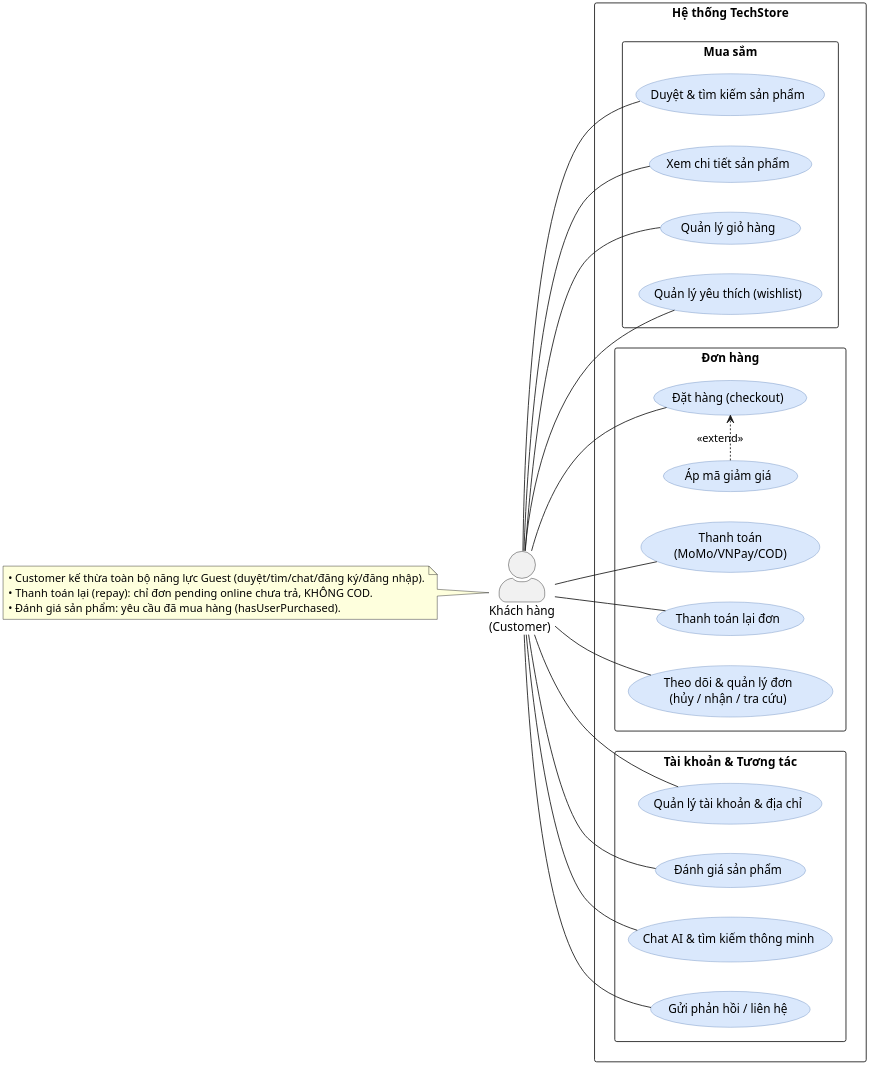
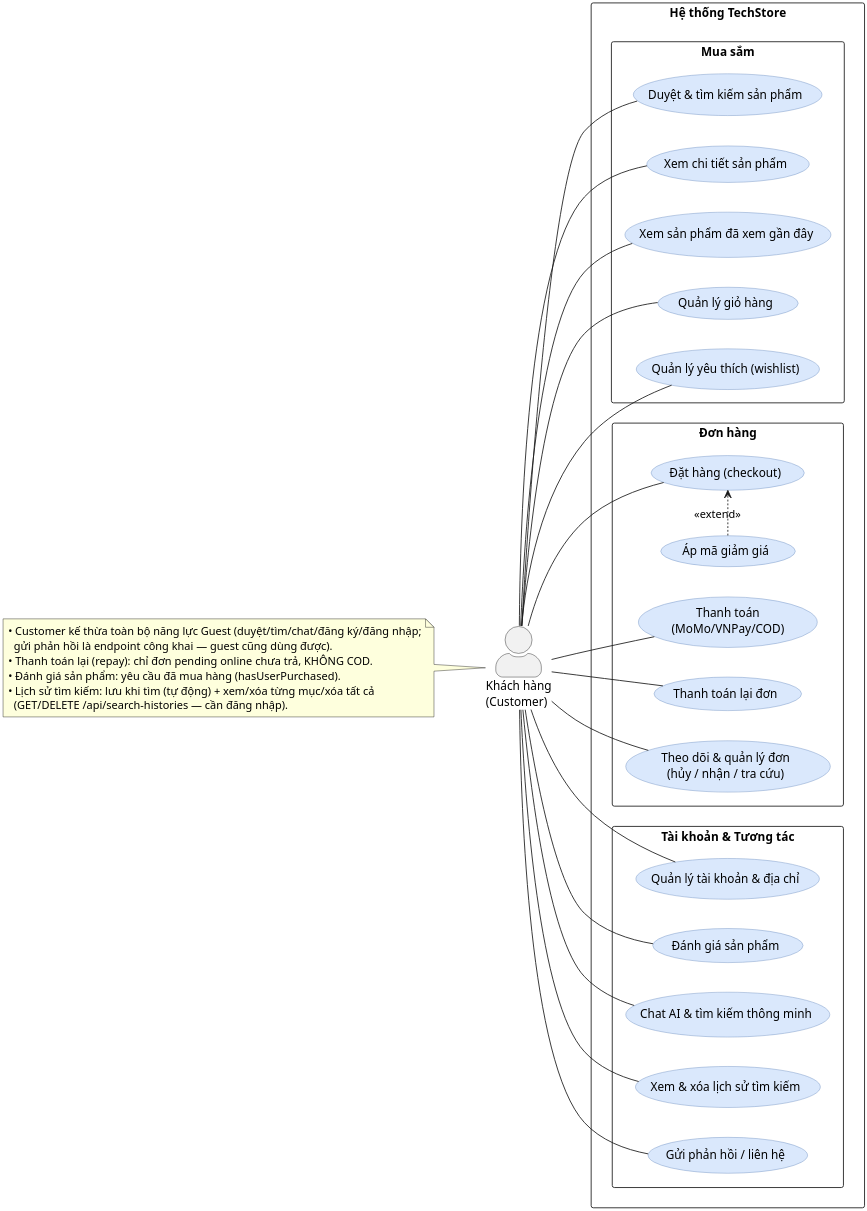
Before and after one commit to MinhThang1009/E-commerce-website: the diagram in diagrams/usecase/usecase-02-overview-customer.puml, drawn with PlantUML. The commit also changed 10 other files, not shown here.

First line of the commit message:
docs(diagram): vẽ lại + ký GATE-D state-01-order, uc-02, uc-03

```diff
--- a/diagrams/usecase/usecase-02-overview-customer.puml
+++ b/diagrams/usecase/usecase-02-overview-customer.puml
@@ -1,62 +1,69 @@
 @startuml usecase-02-overview-customer
 ' Sơ đồ use case — Khách hàng (Customer) — tổng quát, chuẩn ký pháp UML
 ' Ground-truth: route customer-facing (authenticate) xuyên module:
-'   catalog (duyệt/chi tiết), cart, orders+checkout+payment, reviews (hasUserPurchased),
+'   catalog (duyệt/chi tiết, recently-viewed cần auth — catalog/routes.js:313), cart, orders+checkout+payment, reviews (hasUserPurchased),
 '   wishlist, users (profile/address), ai/chatbot, content (feedback), search-history.
 ' Customer kế thừa năng lực Guest (duyệt/tìm/chat/đăng ký/đăng nhập) + thao tác cần đăng nhập.
 left to right direction
 skinparam dpi 300
 skinparam backgroundColor #FFFFFF
 skinparam shadowing false
 skinparam packageStyle rectangle
 skinparam usecase {
   BackgroundColor #DAE8FC
   BorderColor #6C8EBF
 }
 skinparam actorStyle awesome
 
 actor "Khách hàng\n(Customer)" as customer
 
 rectangle "Hệ thống TechStore" {
   package "Mua sắm" {
     usecase "Duyệt & tìm kiếm sản phẩm" as UC_browse
     usecase "Xem chi tiết sản phẩm" as UC_detail
+    usecase "Xem sản phẩm đã xem gần đây" as UC_recent
     usecase "Quản lý giỏ hàng" as UC_cart
     usecase "Quản lý yêu thích (wishlist)" as UC_wish
   }
   package "Đơn hàng" {
     usecase "Đặt hàng (checkout)" as UC_order
     usecase "Áp mã giảm giá" as UC_discount
     usecase "Thanh toán\n(MoMo/VNPay/COD)" as UC_pay
     usecase "Thanh toán lại đơn" as UC_repay
     usecase "Theo dõi & quản lý đơn\n(hủy / nhận / tra cứu)" as UC_track
   }
   package "Tài khoản & Tương tác" {
     usecase "Quản lý tài khoản & địa chỉ" as UC_profile
     usecase "Đánh giá sản phẩm" as UC_review
     usecase "Chat AI & tìm kiếm thông minh" as UC_ai
+    usecase "Xem & xóa lịch sử tìm kiếm" as UC_searchhist
     usecase "Gửi phản hồi / liên hệ" as UC_feedback
   }
 
   UC_discount .> UC_order : <<extend>>
 }
 
 customer -- UC_browse
 customer -- UC_detail
+customer -- UC_recent
 customer -- UC_cart
 customer -- UC_wish
 customer -- UC_order
 customer -- UC_pay
 customer -- UC_repay
 customer -- UC_track
 customer -- UC_profile
 customer -- UC_review
 customer -- UC_ai
+customer -- UC_searchhist
 customer -- UC_feedback
 
 note left of customer
-  • Customer kế thừa toàn bộ năng lực Guest (duyệt/tìm/chat/đăng ký/đăng nhập).
+  • Customer kế thừa toàn bộ năng lực Guest (duyệt/tìm/chat/đăng ký/đăng nhập;
+    gửi phản hồi là endpoint công khai — guest cũng dùng được).
   • Thanh toán lại (repay): chỉ đơn pending online chưa trả, KHÔNG COD.
   • Đánh giá sản phẩm: yêu cầu đã mua hàng (hasUserPurchased).
+  • Lịch sử tìm kiếm: lưu khi tìm (tự động) + xem/xóa từng mục/xóa tất cả
+    (GET/DELETE /api/search-histories — cần đăng nhập).
 end note
 @enduml
```
